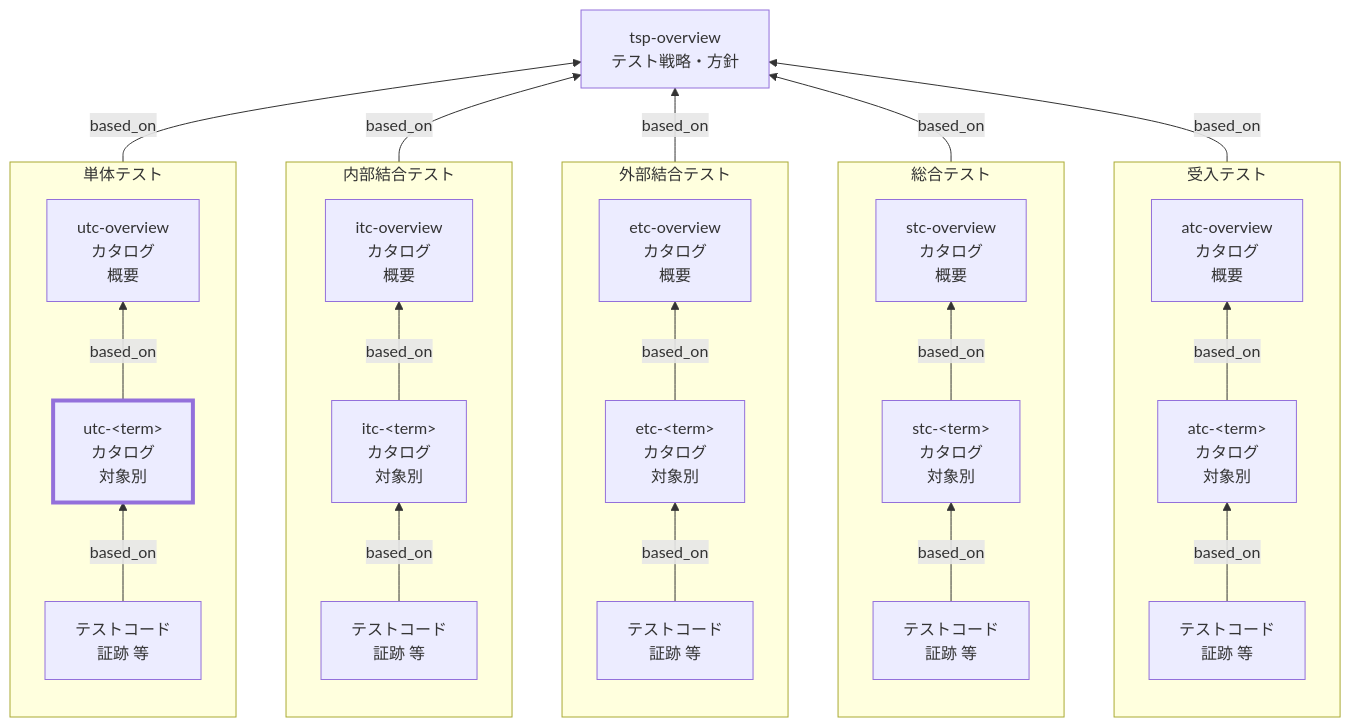
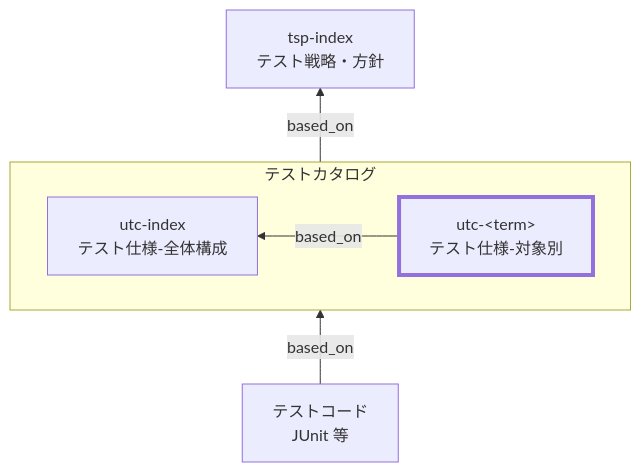
The diagram in docs/ja/handbook/rules/utc-rules.md (specdojo/spec-dojo-handbook), drawn with Mermaid before and after one commit. The commit also changed other lines of this file and 4 other files, not shown here.

Commit message:
docs(update): 対象別の図とoverview->indexの変更

````diff
--- a/docs/ja/handbook/rules/utc-rules.md
+++ b/docs/ja/handbook/rules/utc-rules.md
@@ -28,54 +28,20 @@
 ```mermaid
 flowchart BT
-  TSP["tsp-overview<br>テスト戦略・方針"]
+  TSP["tsp-index<br>テスト戦略・方針"]
 
-  subgraph UT["単体テスト"]
-  direction BT
-    UTCOverview["utc-overview<br>カタログ<br>概要"]
-    UTC["utc-&lt;term&gt;<br>カタログ<br>対象別"]
-    UTImpl["テストコード<br>証跡 等"]
-    UTImpl -->|based_on| UTC -->|based_on| UTCOverview
+  subgraph TC["テストカタログ"]
+  direction RL
+    TCIndex["utc-index<br>テスト仕様-全体構成"]
+    TCDetail["utc-&lt;term&gt;<br>テスト仕様-対象別"]
+    TCDetail -->|based_on| TCIndex
   end
 
-  subgraph IT["内部結合テスト"]
-  direction BT
-    ITCOverview["itc-overview<br>カタログ<br>概要"]
-    ITC["itc-&lt;term&gt;<br>カタログ<br>対象別"]
-    ITImpl["テストコード<br>証跡 等"]
-    ITImpl -->|based_on| ITC -->|based_on| ITCOverview
-  end
+  Code["テストコード<br>JUnit 等"]
 
-  subgraph ET["外部結合テスト"]
-  direction BT
-    ETCOverview["etc-overview<br>カタログ<br>概要"]
-    ETC["etc-&lt;term&gt;<br>カタログ<br>対象別"]
-    ETImpl["テストコード<br>証跡 等"]
-    ETImpl -->|based_on| ETC -->|based_on| ETCOverview
-  end
-
-  subgraph ST["総合テスト"]
-  direction BT
-    STOverview["stc-overview<br>カタログ<br>概要"]
-    STC["stc-&lt;term&gt;<br>カタログ<br>対象別"]
-    STImpl["テストコード<br>証跡 等"]
-    STImpl -->|based_on| STC -->|based_on| STOverview
-  end
-
-  subgraph AT["受入テスト"]
-  direction BT
-    ATOverview["atc-overview<br>カタログ<br>概要"]
-    ATC["atc-&lt;term&gt;<br>カタログ<br>対象別"]
-    ATImpl["テストコード<br>証跡 等"]
-    ATImpl -->|based_on| ATC -->|based_on| ATOverview
-  end
-
-  UT -->|based_on| TSP
-  IT -->|based_on| TSP
-  ET -->|based_on| TSP
-  ST -->|based_on| TSP
-  AT -->|based_on| TSP
+  TC -->|based_on| TSP
+  Code -->|based_on| TC
 
 
   classDef target stroke-width:4px
-  class UTC target
+  class TCDetail target
 ```
````
